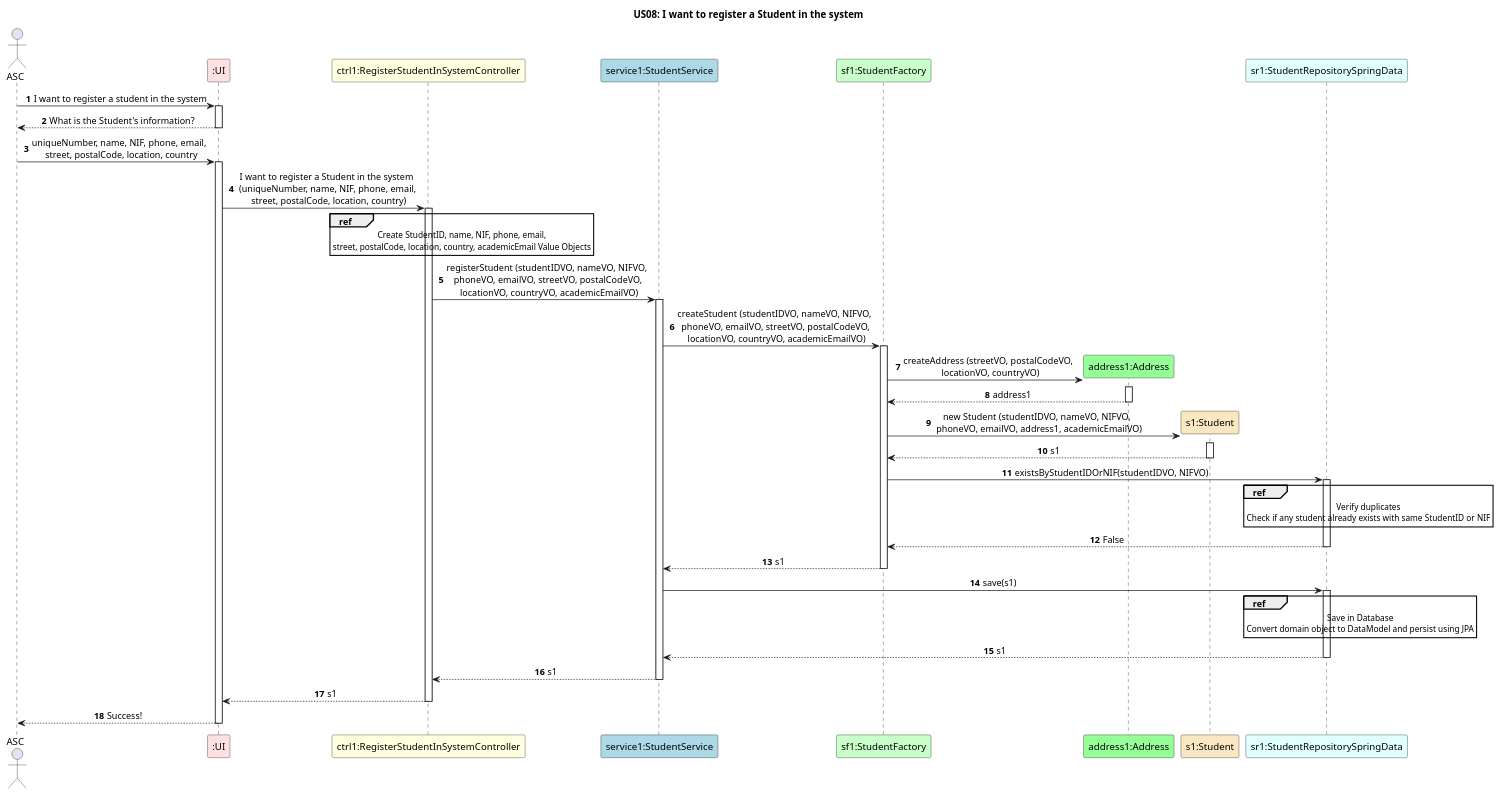
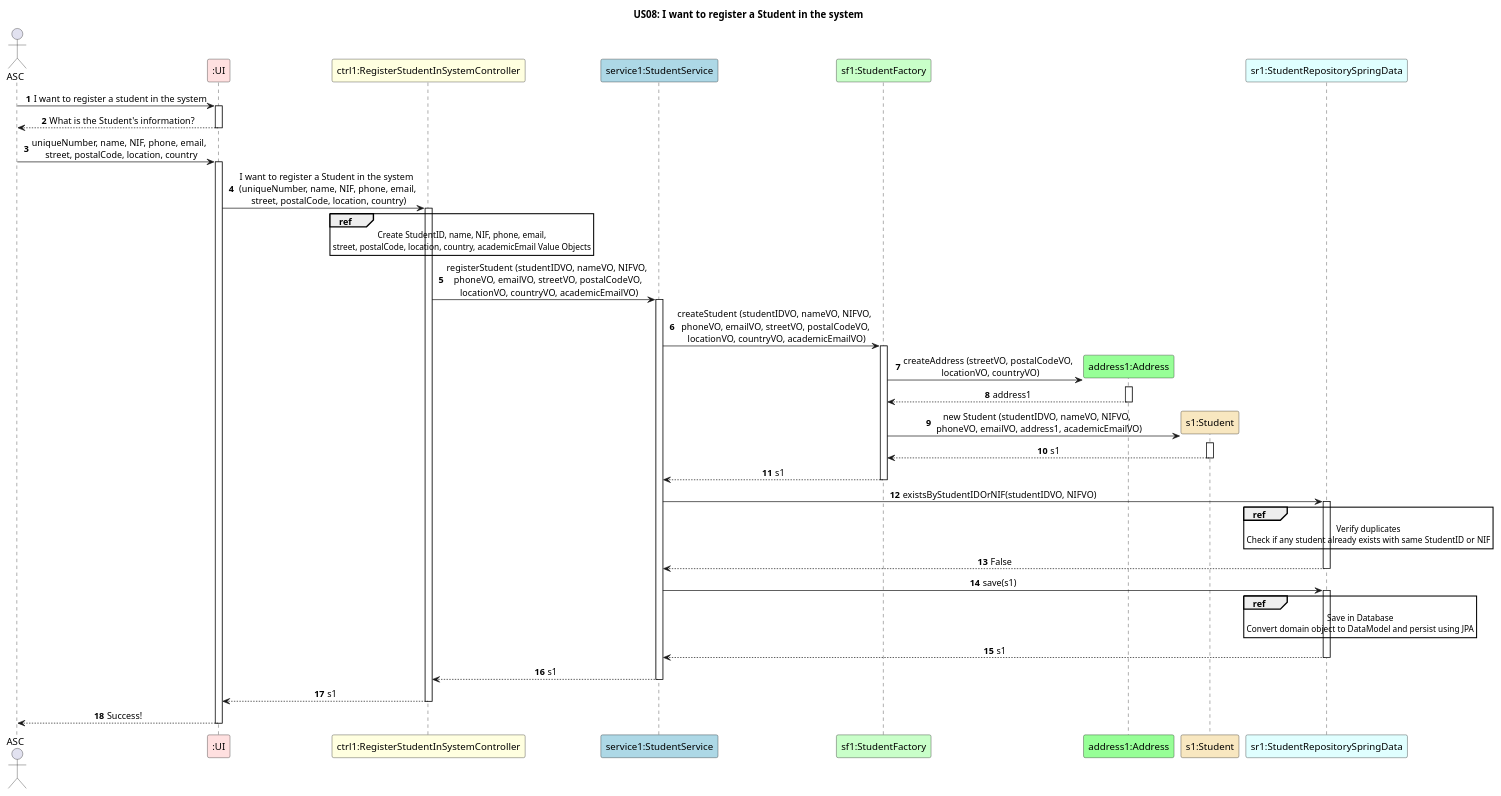
The diagram in docs/US08/Documentation_SpringData_JPA/US08_SD_DataPersistence.puml (GasparISEP/DevOps-PAI), drawn with PlantUML before and after one commit.

Commit message:
Ref #269: Update sequence diagram duplicate check responsibility moved from factory to service layer

```diff
--- a/docs/US08/Documentation_SpringData_JPA/US08_SD_DataPersistence.puml
+++ b/docs/US08/Documentation_SpringData_JPA/US08_SD_DataPersistence.puml
@@ -1,72 +1,71 @@
 @startuml
 autonumber
 skinparam sequenceMessageAlign center
 title US08: I want to register a Student in the system
 
 actor ASC
 participant ":UI" as UI #implementation
 participant "ctrl1:RegisterStudentInSystemController" as ctrl #lightyellow
 participant "service1:StudentService" as service #lightblue
 participant "sf1:StudentFactory" as SF #technology
 participant "address1:Address" as A #physical
 participant "s1:Student" as s1 #strategy
 participant "sr1:StudentRepositorySpringData" as SR #lightcyan
 
 ASC -> UI: I want to register a student in the system
 activate UI
 UI --> ASC: What is the Student's information?
 deactivate UI
 ASC -> UI: uniqueNumber, name, NIF, phone, email, \n street, postalCode, location, country
 activate UI
 UI -> ctrl: I want to register a Student in the system \n (uniqueNumber, name, NIF, phone, email, \n street, postalCode, location, country)
 activate ctrl
 
 ref over ctrl
     Create StudentID, name, NIF, phone, email,
     street, postalCode, location, country, academicEmail Value Objects
 end ref
 
 ctrl -> service: registerStudent (studentIDVO, nameVO, NIFVO, \n phoneVO, emailVO, streetVO, postalCodeVO, \n locationVO, countryVO, academicEmailVO)
 activate service
 
 service -> SF: createStudent (studentIDVO, nameVO, NIFVO, \n phoneVO, emailVO, streetVO, postalCodeVO, \n locationVO, countryVO, academicEmailVO)
 activate SF
 
 SF -> A**: createAddress (streetVO, postalCodeVO, \n locationVO, countryVO)
 activate A
 
 A --> SF: address1
 deactivate A
 
 SF -> s1**: new Student (studentIDVO, nameVO, NIFVO, \n phoneVO, emailVO, address1, academicEmailVO)
 activate s1
 s1 --> SF: s1
 deactivate s1
 
-SF -> SR: existsByStudentIDOrNIF(studentIDVO, NIFVO)
+SF --> service: s1
+deactivate SF
+service -> SR: existsByStudentIDOrNIF(studentIDVO, NIFVO)
 activate SR
 ref over SR
     Verify duplicates
     Check if any student already exists with same StudentID or NIF
 end ref
-SR --> SF: False
+SR --> service: False
 deactivate SR
-SF --> service: s1
-deactivate SF
-
 service -> SR: save(s1)
 activate SR
 ref over SR
     Save in Database
     Convert domain object to DataModel and persist using JPA
 end ref
 SR --> service: s1
 deactivate SR
 service --> ctrl: s1
 deactivate service
 ctrl --> UI: s1
 deactivate ctrl
 UI --> ASC: Success!
 deactivate UI
 
 @enduml
```
